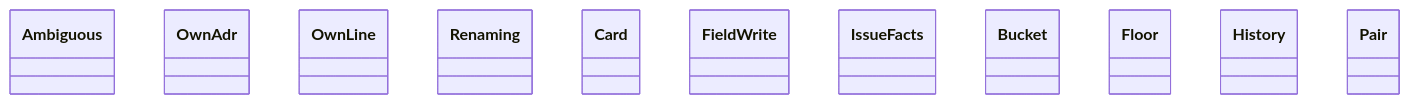
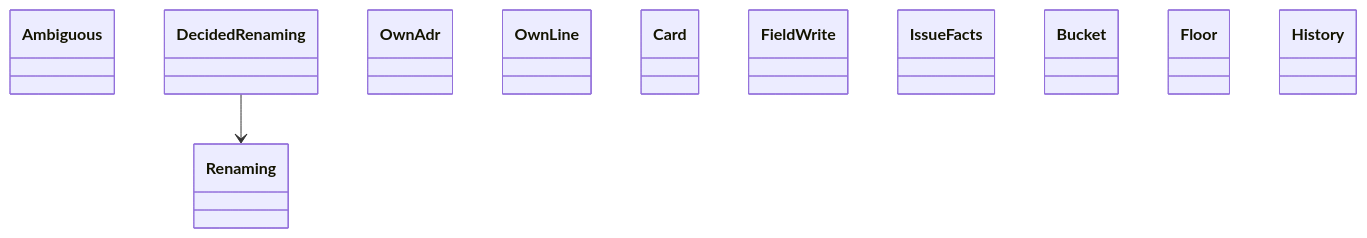
One commit to GonzaloZevallos/agentic-system changed the diagram in docs/architecture/generated/classes-process-domain-landing-1.md. Above: the diagram before and after it, drawn with Mermaid. The commit also changed 3 other files, not shown here.

Commit message:
Document apply_adr_decision: ADR-0049 addendum, CONTEXT and the regenerated class diagrams

````diff
--- a/docs/architecture/generated/classes-process-domain-landing-1.md
+++ b/docs/architecture/generated/classes-process-domain-landing-1.md
@@ -23,14 +23,15 @@
 ```mermaid
 classDiagram
     class adr_numbers__Ambiguous["Ambiguous"]
+    class adr_numbers__DecidedRenaming["DecidedRenaming"]
     class adr_numbers__OwnAdr["OwnAdr"]
     class adr_numbers__OwnLine["OwnLine"]
     class adr_numbers__Renaming["Renaming"]
     class board__Card["Card"]
     class board__FieldWrite["FieldWrite"]
     class board__IssueFacts["IssueFacts"]
     class cost_history__Bucket["Bucket"]
     class cost_history__Floor["Floor"]
     class cost_history__History["History"]
-    class cost_history__Pair["Pair"]
+    adr_numbers__DecidedRenaming --> adr_numbers__Renaming
 ```
````
